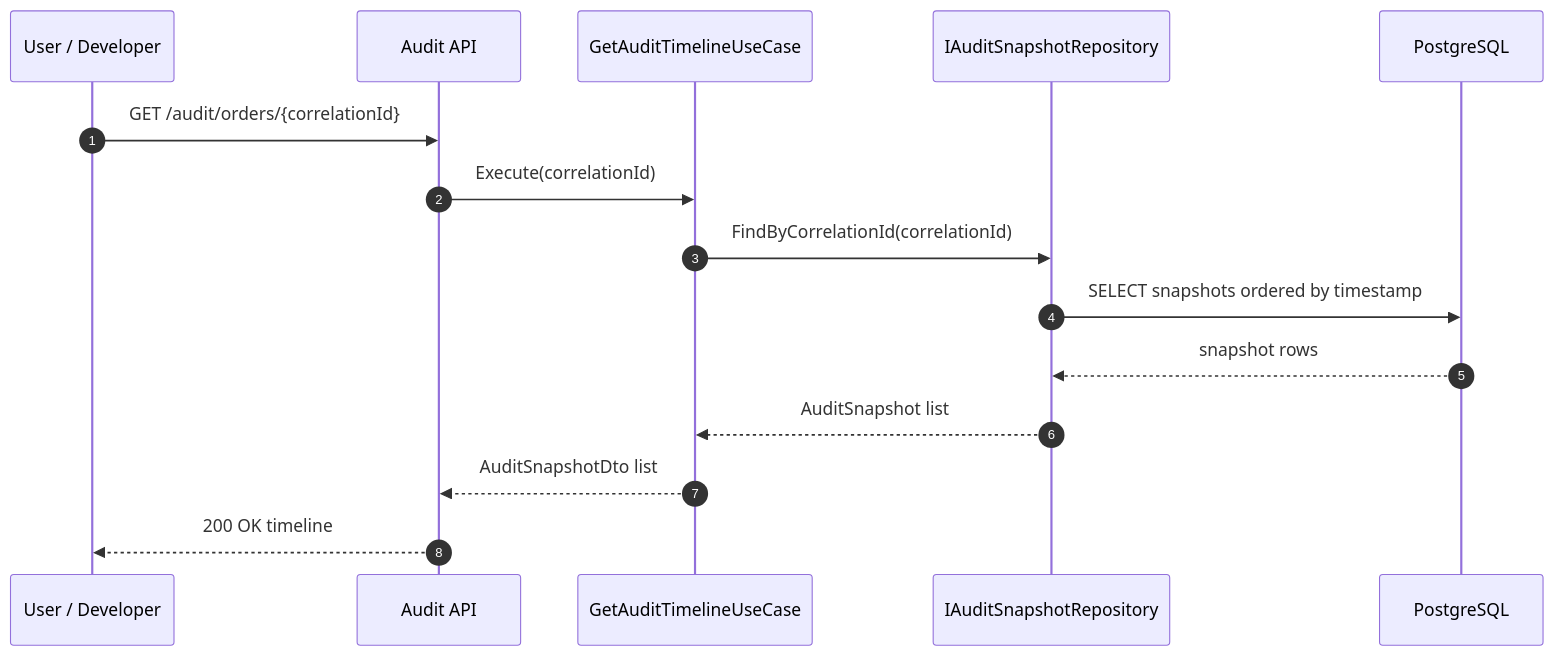
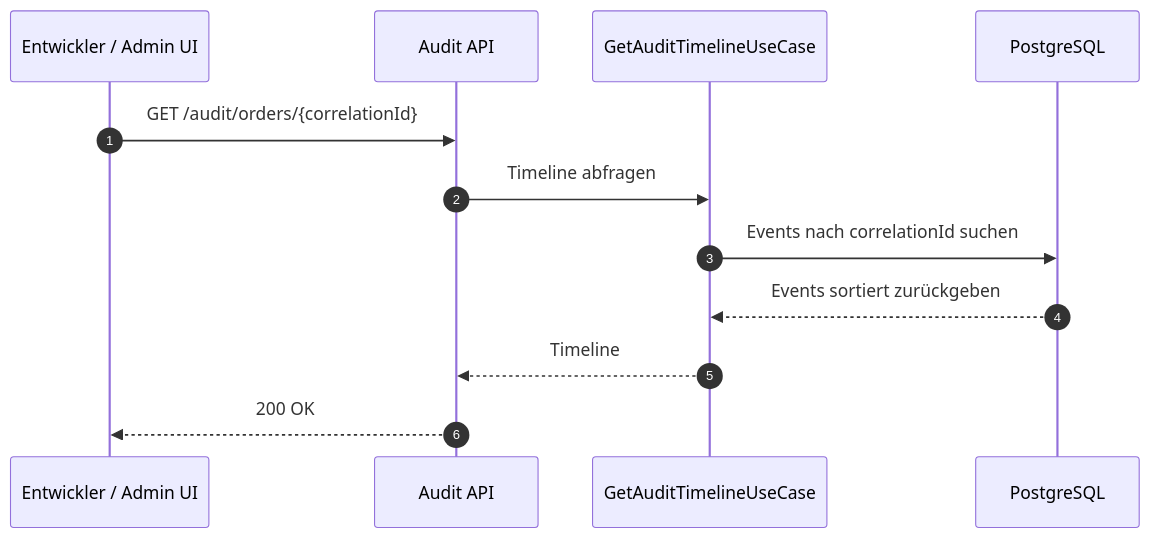
The eighth of 8 diagrams in docs/dotnet-services-diagrams.md (Abdelwadoud-Mabrouk/vse-microservice-online-shop), drawn with Mermaid before and after one commit. The commit also changed other lines of this file and 123 other files, not shown here.

Commit message:
Improve dotnet services architecture and docs

````diff
--- a/docs/dotnet-services-diagrams.md
+++ b/docs/dotnet-services-diagrams.md
@@ -282,18 +183,15 @@
 ```mermaid
 sequenceDiagram
     autonumber
-    participant User as User / Developer
-    participant AuditApi as Audit API
+    participant User as Entwickler / Admin UI
+    participant Api as Audit API
     participant UseCase as GetAuditTimelineUseCase
-    participant Repo as IAuditSnapshotRepository
     participant Db as PostgreSQL
 
-    User->>AuditApi: GET /audit/orders/{correlationId}
-    AuditApi->>UseCase: Execute(correlationId)
-    UseCase->>Repo: FindByCorrelationId(correlationId)
-    Repo->>Db: SELECT snapshots ordered by timestamp
-    Db-->>Repo: snapshot rows
-    Repo-->>UseCase: AuditSnapshot list
-    UseCase-->>AuditApi: AuditSnapshotDto list
-    AuditApi-->>User: 200 OK timeline
+    User->>Api: GET /audit/orders/{correlationId}
+    Api->>UseCase: Timeline abfragen
+    UseCase->>Db: Events nach correlationId suchen
+    Db-->>UseCase: Events sortiert zurückgeben
+    UseCase-->>Api: Timeline
+    Api-->>User: 200 OK
 ```
````
